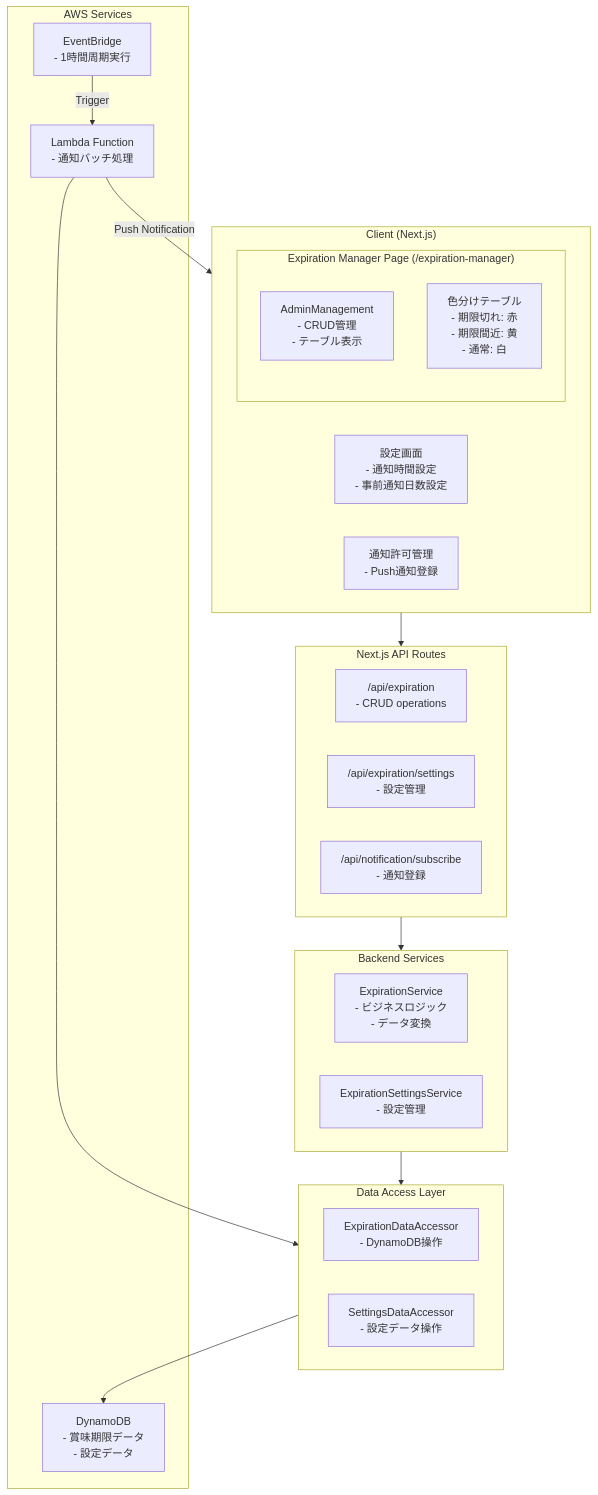
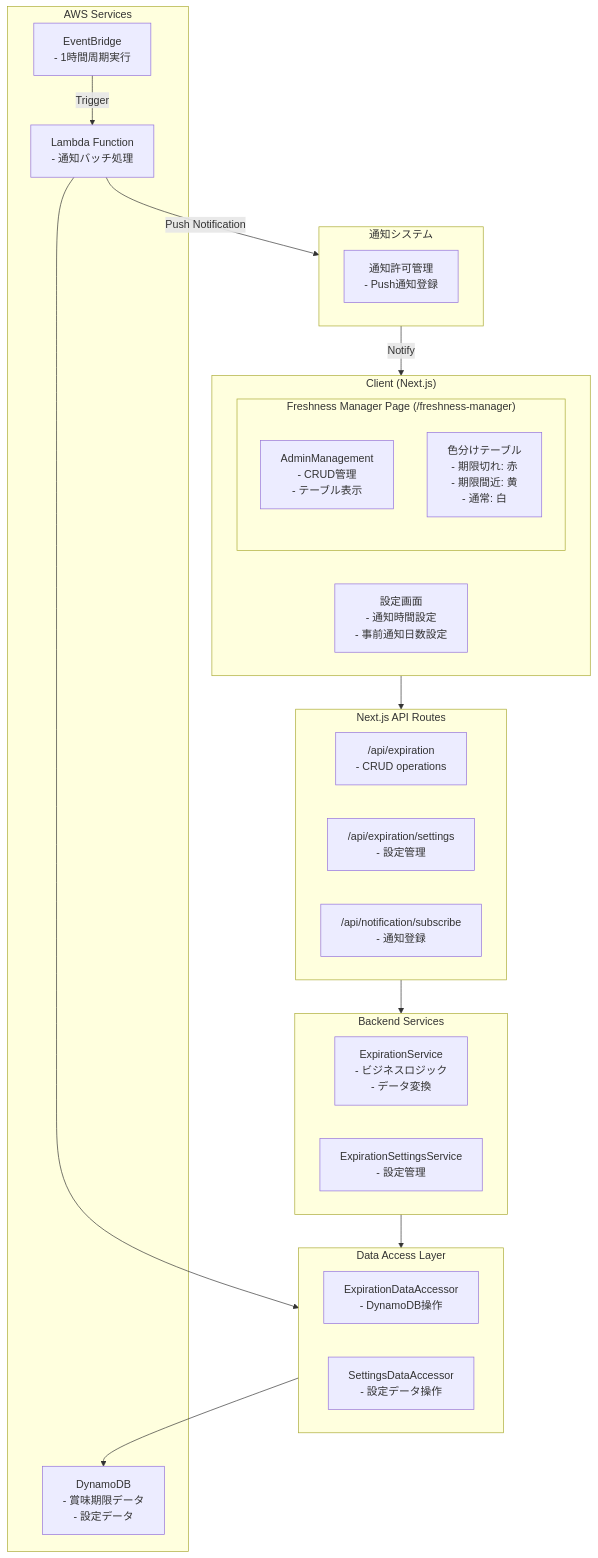
One commit to nagiyu/tools changed the first of 4 diagrams in docs/tools/expiration-manager.md. Above: the diagram before and after it, drawn with Mermaid. The commit also changed other lines of this file, not shown here.

Commit message:
Update architecture doc: rename to Freshness Manager, separate notification system, update paths

````diff
--- a/docs/tools/expiration-manager.md
+++ b/docs/tools/expiration-manager.md
@@ -11,41 +11,45 @@
 ```mermaid
 graph TB
     subgraph Client["Client (Next.js)"]
-        subgraph Page["Expiration Manager Page (/expiration-manager)"]
+        subgraph Page["Freshness Manager Page (/freshness-manager)"]
             AdminMgmt["AdminManagement<br/>- CRUD管理<br/>- テーブル表示"]
             ColorTable["色分けテーブル<br/>- 期限切れ: 赤<br/>- 期限間近: 黄<br/>- 通常: 白"]
         end
         Settings["設定画面<br/>- 通知時間設定<br/>- 事前通知日数設定"]
+    end
+    
+    subgraph Notification["通知システム"]
         NotifPerm["通知許可管理<br/>- Push通知登録"]
     end
     
     subgraph API["Next.js API Routes"]
         ExpirationAPI["/api/expiration<br/>- CRUD operations"]
         SettingsAPI["/api/expiration/settings<br/>- 設定管理"]
         NotifAPI["/api/notification/subscribe<br/>- 通知登録"]
     end
     
     subgraph Backend["Backend Services"]
         ExpirationService["ExpirationService<br/>- ビジネスロジック<br/>- データ変換"]
         SettingsService["ExpirationSettingsService<br/>- 設定管理"]
     end
     
     subgraph DataLayer["Data Access Layer"]
         ExpirationAccessor["ExpirationDataAccessor<br/>- DynamoDB操作"]
         SettingsAccessor["SettingsDataAccessor<br/>- 設定データ操作"]
     end
     
     subgraph AWS["AWS Services"]
         DynamoDB["DynamoDB<br/>- 賞味期限データ<br/>- 設定データ"]
         EventBridge["EventBridge<br/>- 1時間周期実行"]
         Lambda["Lambda Function<br/>- 通知バッチ処理"]
     end
     
     Client --> API
     API --> Backend
     Backend --> DataLayer
     DataLayer --> DynamoDB
     EventBridge -->|Trigger| Lambda
     Lambda --> DataLayer
-    Lambda -->|Push Notification| Client
+    Lambda -->|Push Notification| Notification
+    Notification -->|Notify| Client
 ```
````
